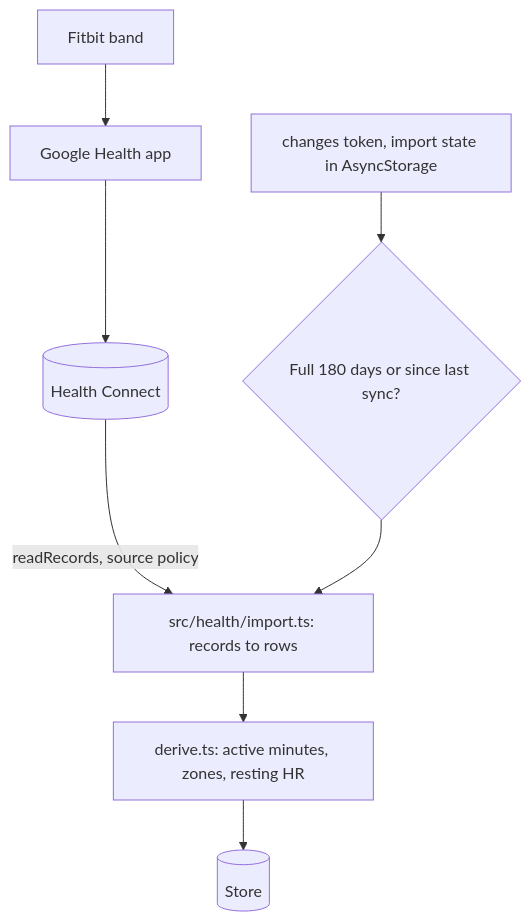
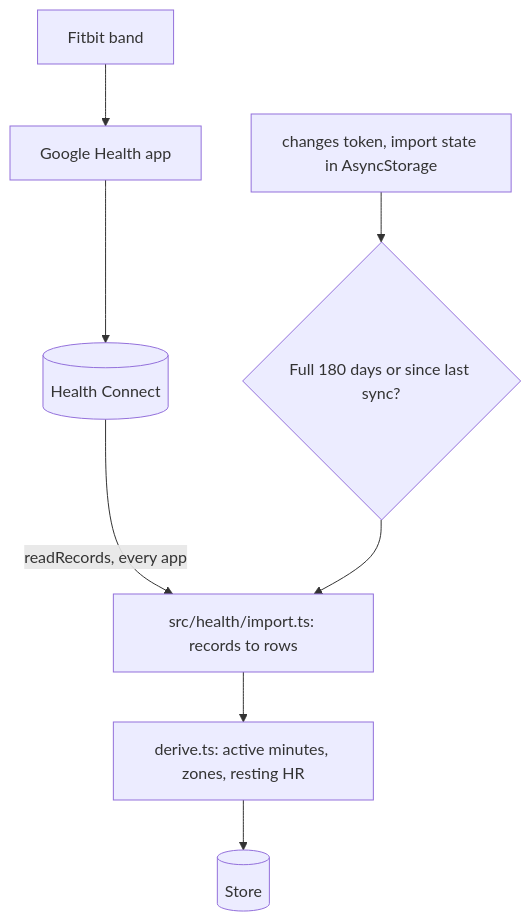
Before and after one commit to adityaongit/pulse-mobile: the fifth of 20 diagrams in docs/learning.md, drawn with Mermaid. The commit also changed other lines of this file and 21 other files, not shown here.

First line of the commit message:
chore(health): remove the source policy setting

````diff
--- a/docs/learning.md
+++ b/docs/learning.md
@@ -414,10 +414,10 @@
 ```mermaid
 flowchart TB
   Fitbit[Fitbit band] --> GH[Google Health app]
   GH --> HC[(Health Connect)]
-  HC -->|readRecords, source policy| Import[src/health/import.ts: records to rows]
+  HC -->|readRecords, every app| Import[src/health/import.ts: records to rows]
   Import --> Derive[derive.ts: active minutes, zones, resting HR]
   Derive --> Store[(Store)]
   Token[changes token, import state in AsyncStorage] --> Window{Full 180 days or since last sync?}
   Window --> Import
 ```
````
